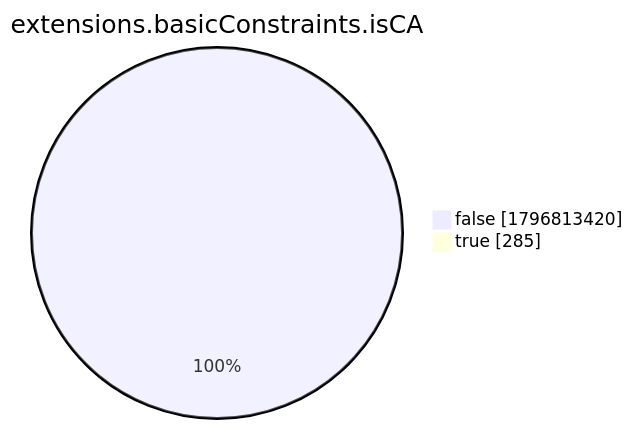
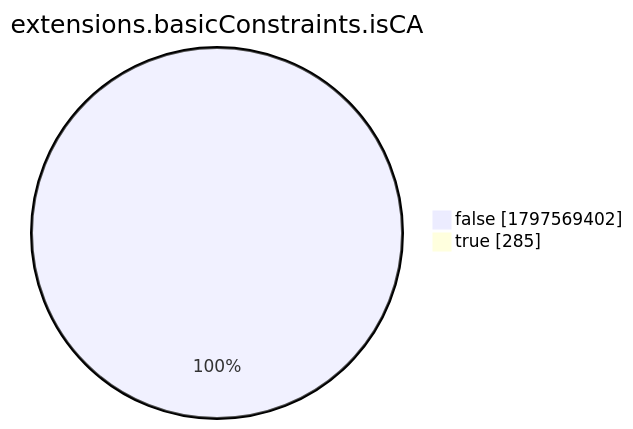
One commit to christiankrug/ctmonitor_visualization changed the eighth of 15 diagrams in xenon2022/README.md. Above: the diagram before and after it, drawn with Mermaid. The commit also changed other lines of this file, not shown here.

````diff
--- a/xenon2022/README.md
+++ b/xenon2022/README.md
@@ -2868,6 +2868,6 @@
 ```mermaid
 pie showData
 title extensions.basicConstraints.isCA
-"false" :1796813420
+"false" :1797569402
 "true" :285
 ```
````
